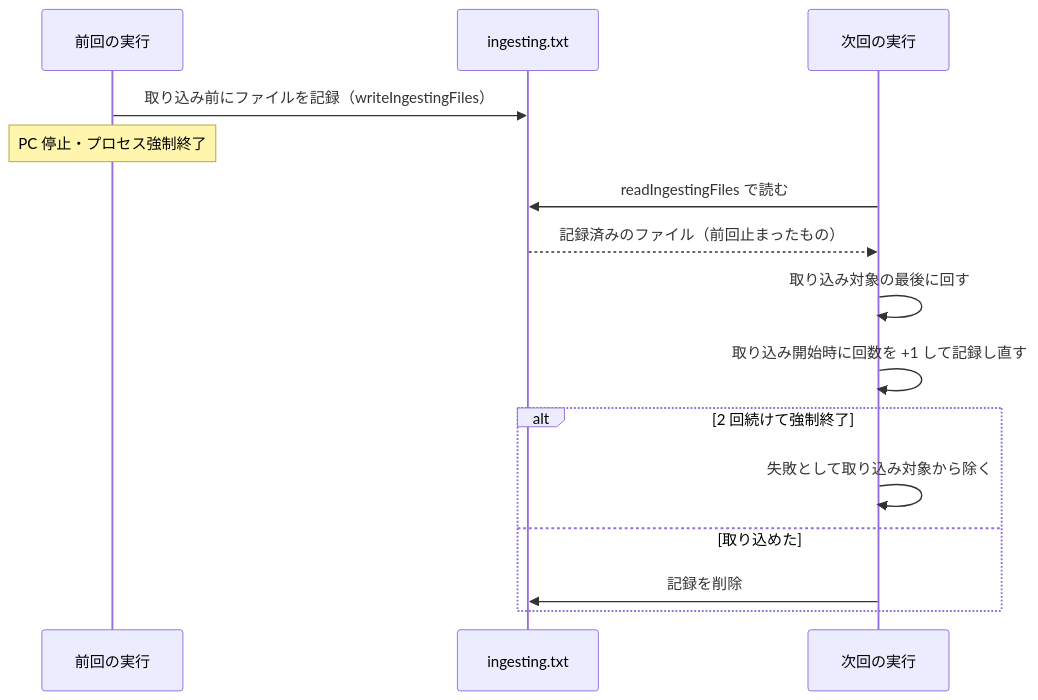
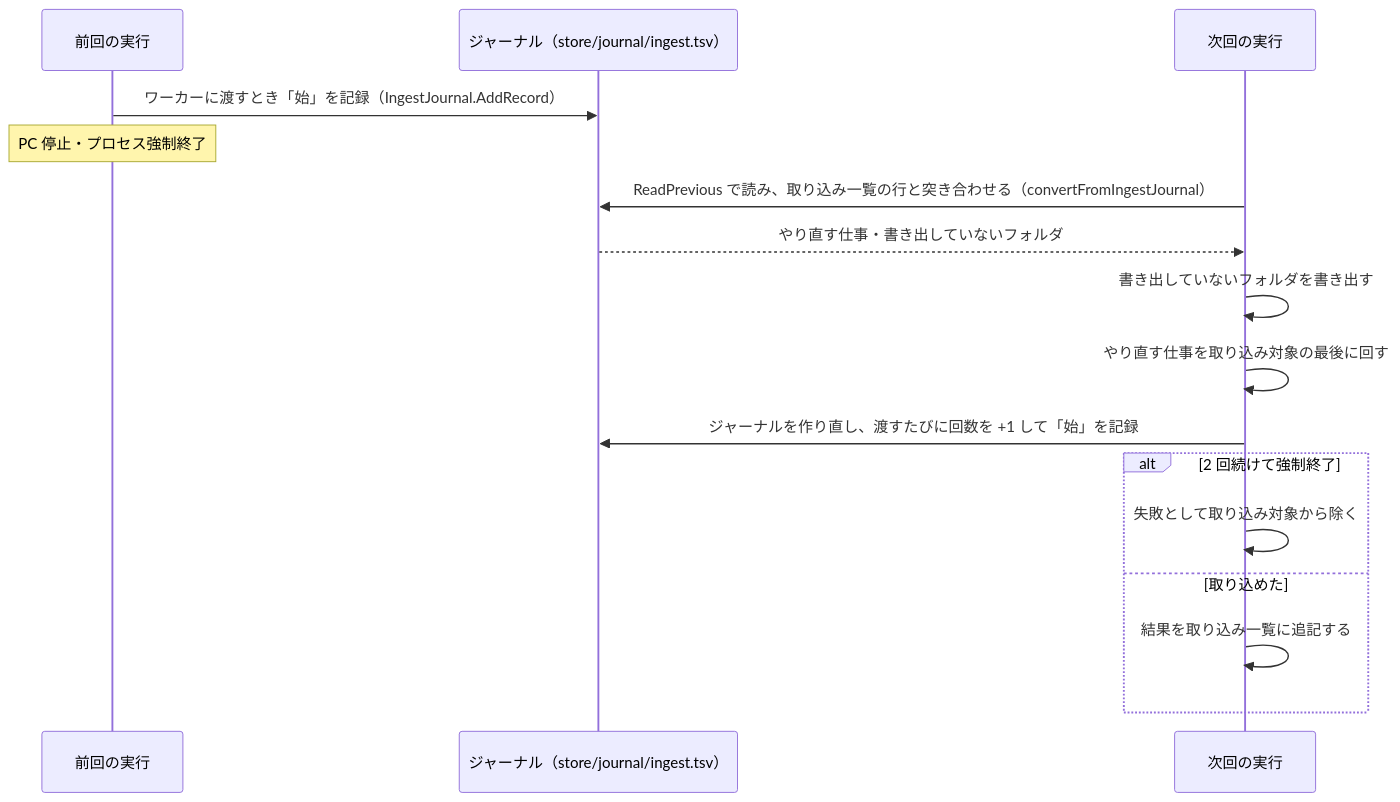
Before and after one commit to hsgwa/tebunko: the second of 2 diagrams in docs/design/indexing/ingest-list.md, drawn with Mermaid. The commit also changed other lines of this file and 35 other files, not shown here.

````diff
--- a/docs/design/indexing/ingest-list.md
+++ b/docs/design/indexing/ingest-list.md
@@ -76,18 +76,19 @@
 ```mermaid
 sequenceDiagram
     participant P as 前回の実行
-    participant F as ingesting.txt
+    participant J as ジャーナル（store/journal/ingest.tsv）
     participant N as 次回の実行
 
-    P->>F: 取り込み前にファイルを記録（writeIngestingFiles）
+    P->>J: ワーカーに渡すとき「始」を記録（IngestJournal.AddRecord）
     Note over P: PC 停止・プロセス強制終了
-    N->>F: readIngestingFiles で読む
-    F-->>N: 記録済みのファイル（前回止まったもの）
-    N->>N: 取り込み対象の最後に回す
-    N->>N: 取り込み開始時に回数を +1 して記録し直す
+    N->>J: ReadPrevious で読み、取り込み一覧の行と突き合わせる（convertFromIngestJournal）
+    J-->>N: やり直す仕事・書き出していないフォルダ
+    N->>N: 書き出していないフォルダを書き出す
+    N->>N: やり直す仕事を取り込み対象の最後に回す
+    N->>J: ジャーナルを作り直し、渡すたびに回数を +1 して「始」を記録
     alt 2 回続けて強制終了
         N->>N: 失敗として取り込み対象から除く
     else 取り込めた
-        N->>F: 記録を削除
+        N->>N: 結果を取り込み一覧に追記する
     end
 ```
````
